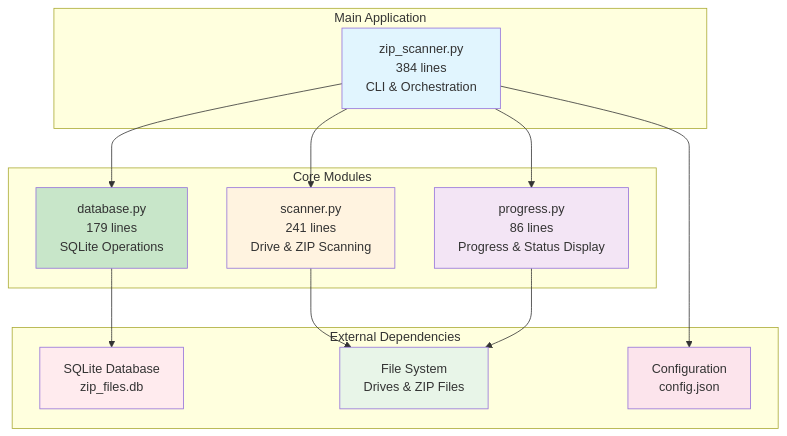
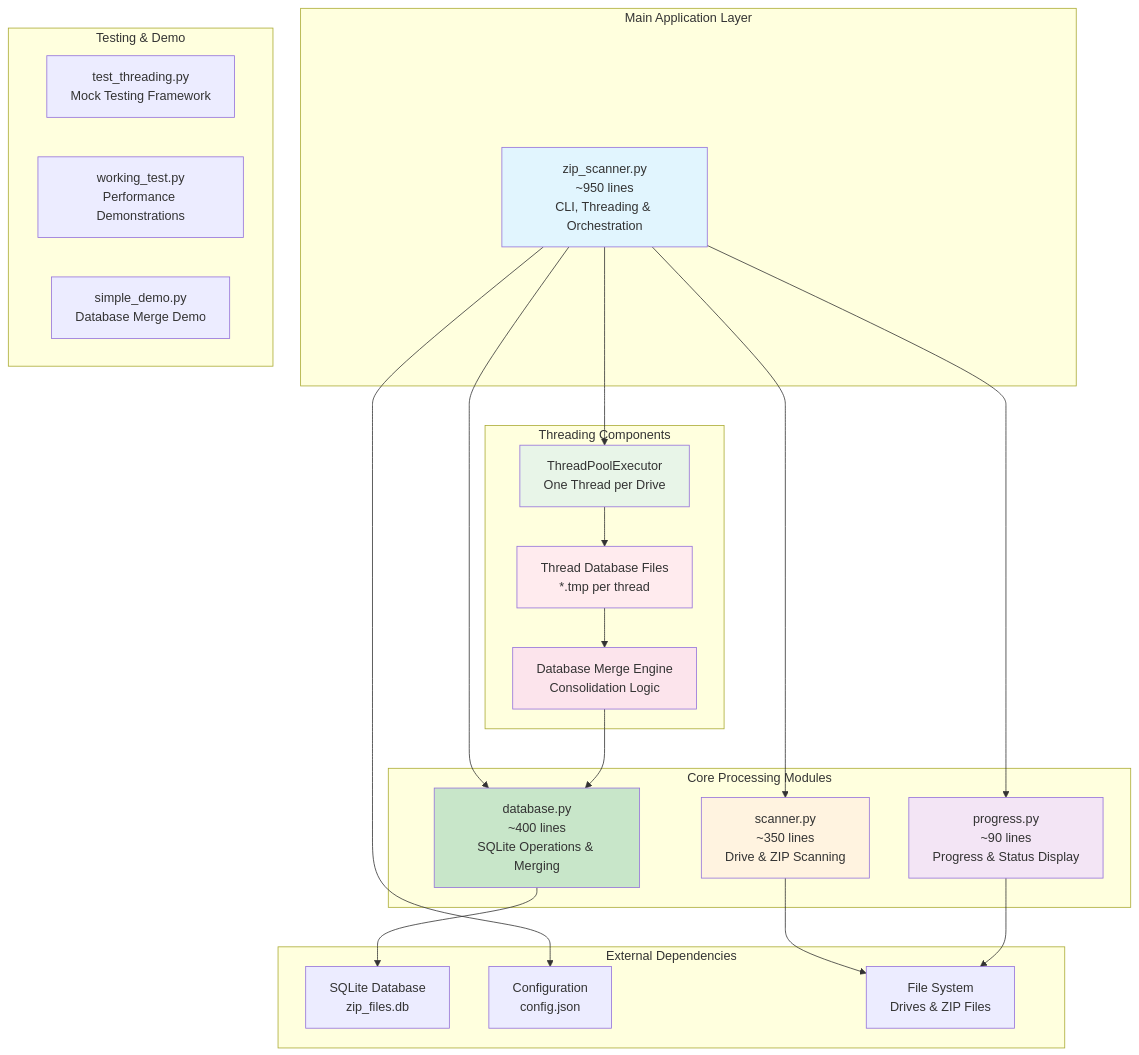
The fourth of 5 diagrams in README.md (cschladetsch/PySeachZips), drawn with Mermaid before and after one commit. The commit also changed other lines of this file and 7 other files, not shown here.

````diff
--- a/README.md
+++ b/README.md
@@ -120,34 +163,50 @@
 ```mermaid
 graph TB
-    subgraph "Main Application"
-        A[zip_scanner.py<br/>384 lines<br/>CLI & Orchestration]
+    subgraph "Main Application Layer"
+        A[zip_scanner.py<br/>~950 lines<br/>CLI, Threading & Orchestration]
     end
     
-    subgraph "Core Modules"
-        B[database.py<br/>179 lines<br/>SQLite Operations]
-        C[scanner.py<br/>241 lines<br/>Drive & ZIP Scanning]
-        D[progress.py<br/>86 lines<br/>Progress & Status Display]
+    subgraph "Core Processing Modules"
+        B[database.py<br/>~400 lines<br/>SQLite Operations & Merging]
+        C[scanner.py<br/>~350 lines<br/>Drive & ZIP Scanning]
+        D[progress.py<br/>~90 lines<br/>Progress & Status Display]
+    end
+    
+    subgraph "Threading Components"
+        E[ThreadPoolExecutor<br/>One Thread per Drive]
+        F[Thread Database Files<br/>*.tmp per thread]
+        G[Database Merge Engine<br/>Consolidation Logic]
+    end
+    
+    subgraph "Testing & Demo"
+        H[test_threading.py<br/>Mock Testing Framework]
+        I[working_test.py<br/>Performance Demonstrations]
+        J[simple_demo.py<br/>Database Merge Demo]
     end
     
     subgraph "External Dependencies"
-        E[SQLite Database<br/>zip_files.db]
-        F[Configuration<br/>config.json]
-        G[File System<br/>Drives & ZIP Files]
+        K[SQLite Database<br/>zip_files.db]
+        L[Configuration<br/>config.json]
+        M[File System<br/>Drives & ZIP Files]
     end
     
     A --> B
     A --> C
     A --> D
-    B --> E
-    A --> F
-    C --> G
-    D --> G
+    A --> E
+    E --> F
+    F --> G
+    G --> B
+    B --> K
+    A --> L
+    C --> M
+    D --> M
     
     style A fill:#e1f5fe
     style B fill:#c8e6c9
     style C fill:#fff3e0
     style D fill:#f3e5f5
-    style E fill:#ffebee
-    style F fill:#fce4ec
-    style G fill:#e8f5e8
+    style E fill:#e8f5e8
+    style F fill:#ffebee
+    style G fill:#fce4ec
 ```
````
